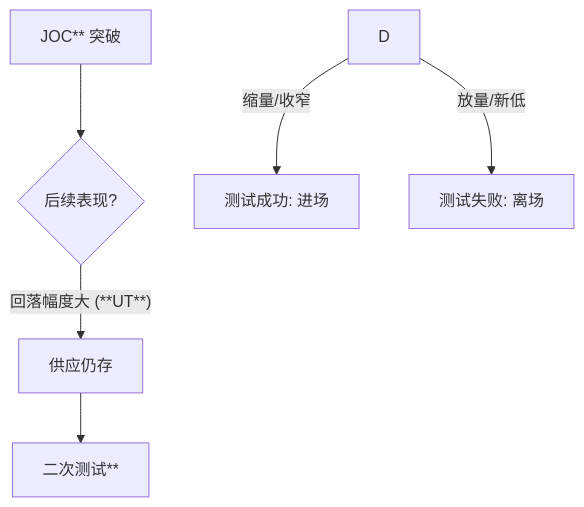
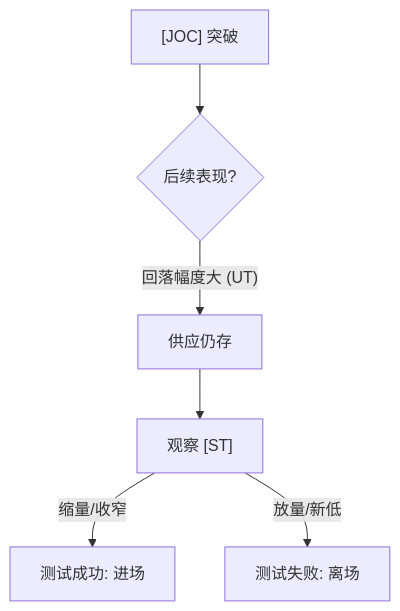
Before and after one commit to bigzhu/Wyckoff: the first of 2 diagrams in docs/第五章_综合分析与实战演练/第六节_回测验证与超卖线应用.md, drawn with Mermaid. The commit also changed other lines of this file and 9 other files, not shown here.

````diff
--- a/docs/第五章_综合分析与实战演练/第六节_回测验证与超卖线应用.md
+++ b/docs/第五章_综合分析与实战演练/第六节_回测验证与超卖线应用.md
@@ -21,8 +21,8 @@
 ```mermaid
 graph TD
-    A**[JOC** 突破] --> B{后续表现?}
-    B -- 回落幅度大 (**UT**) --> C[供应仍存]
-    C --> D观察**[二次测试**]
-    D -- 缩量/收窄 --> E["测试成功: 进场"]
-    D -- 放量/新低 --> F["测试失败: 离场"]
+    A["[JOC] 突破"] --> B{"后续表现?"}
+    B -->|"回落幅度大 (UT)"| C["供应仍存"]
+    C --> D["观察 [ST]"]
+    D -->|"缩量/收窄"| E["测试成功: 进场"]
+    D -->|"放量/新低"| F["测试失败: 离场"]
 ```
````
